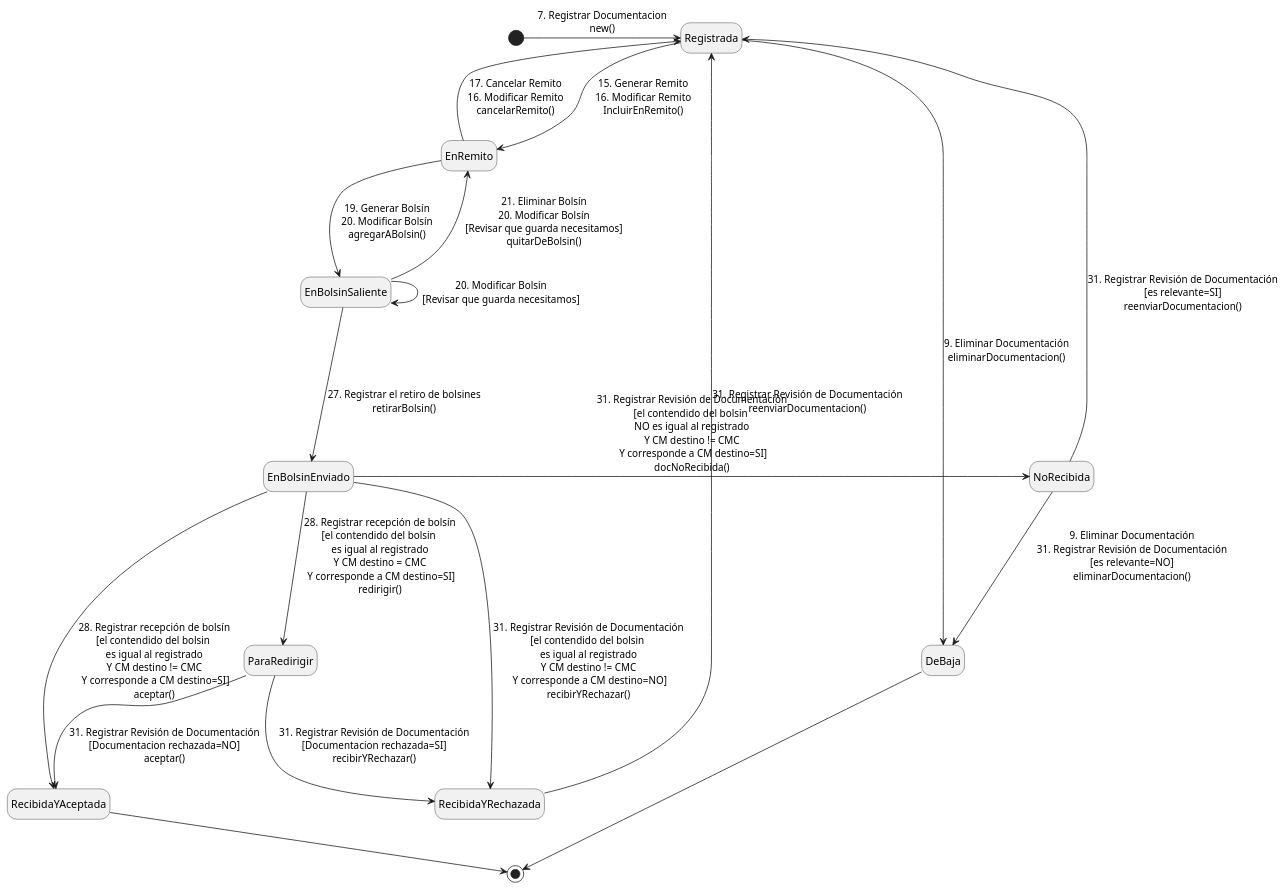
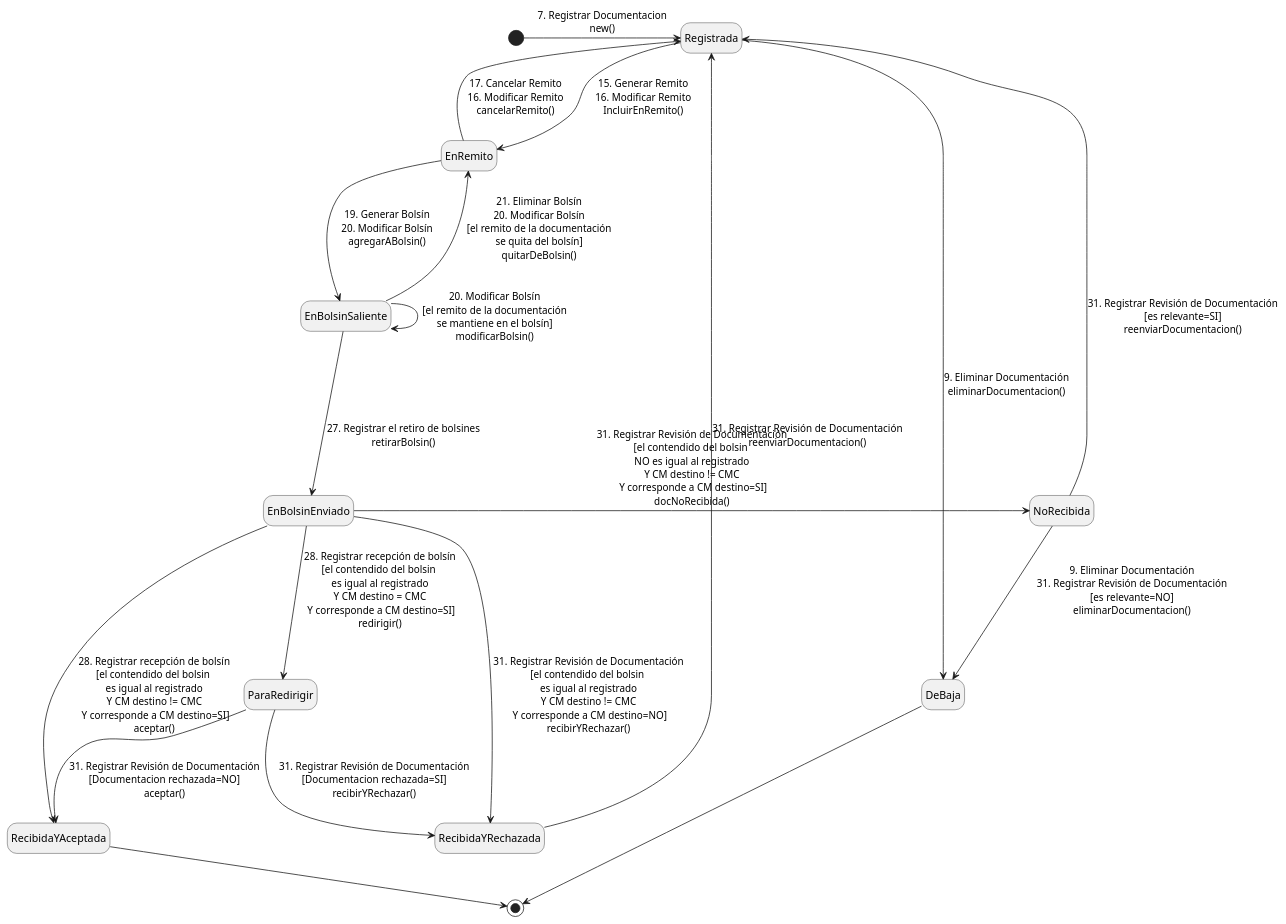
Before and after one commit to JuanjoCasas/PPAI-Bolsin: the diagram in doc/CU28_RegistrarRecepcionDeBolsin/Analisis/ME_Documentacion.puml, drawn with PlantUML. The commit also changed 2 other files, not shown here.

Commit message:
correccion de errores de ortografia y consistencia entre diagramas

```diff
--- a/doc/CU28_RegistrarRecepcionDeBolsin/Analisis/ME_Documentacion.puml
+++ b/doc/CU28_RegistrarRecepcionDeBolsin/Analisis/ME_Documentacion.puml
@@ -1,31 +1,31 @@
 @startuml "Maquina de estados de Documentación"
 hide empty description
 
 [*] -> Registrada : 7. Registrar Documentacion\nnew()
 
 Registrada --> EnRemito : 15. Generar Remito\n16. Modificar Remito\nIncluirEnRemito()
 
 Registrada --> DeBaja : 9. Eliminar Documentación\neliminarDocumentacion()
 
 EnRemito -> Registrada : 17. Cancelar Remito\n16. Modificar Remito\ncancelarRemito()
 
 EnRemito --> EnBolsinSaliente : 19. Generar Bolsín\n20. Modificar Bolsín\nagregarABolsin()
 
-EnBolsinSaliente -> EnBolsinSaliente : 20. Modificar Bolsín\n[Revisar que guarda necesitamos]
-EnBolsinSaliente -> EnRemito : 21. Eliminar Bolsín\n20. Modificar Bolsín\n[Revisar que guarda necesitamos]\nquitarDeBolsin()
+EnBolsinSaliente -> EnBolsinSaliente : 20. Modificar Bolsín\n[el remito de la documentación\nse mantiene en el bolsín]\nmodificarBolsin()
+EnBolsinSaliente -> EnRemito : 21. Eliminar Bolsín\n20. Modificar Bolsín\n[el remito de la documentación\nse quita del bolsín]\nquitarDeBolsin()
 
 EnBolsinSaliente ---> EnBolsinEnviado : 27. Registrar el retiro de bolsines\nretirarBolsin()
 
 EnBolsinEnviado --> RecibidaYAceptada: 28. Registrar recepción de bolsín\n[el contendido del bolsin \nes igual al registrado\nY CM destino != CMC\n Y corresponde a CM destino=SI]\naceptar()
 EnBolsinEnviado -> NoRecibida: 31. Registrar Revisión de Documentación\n[el contendido del bolsin \nNO es igual al registrado\nY CM destino != CMC\n Y corresponde a CM destino=SI]\ndocNoRecibida()
 NoRecibida -> Registrada: 31. Registrar Revisión de Documentación\n[es relevante=SI]\nreenviarDocumentacion()
 NoRecibida --> DeBaja: 9. Eliminar Documentación\n31. Registrar Revisión de Documentación\n[es relevante=NO]\neliminarDocumentacion()
 EnBolsinEnviado -> RecibidaYRechazada: 31. Registrar Revisión de Documentación\n[el contendido del bolsin \nes igual al registrado\nY CM destino != CMC\n Y corresponde a CM destino=NO]\nrecibirYRechazar()
 RecibidaYRechazada -> Registrada: 31. Registrar Revisión de Documentación\nreenviarDocumentacion()
 EnBolsinEnviado --> ParaRedirigir: 28. Registrar recepción de bolsín\n[el contendido del bolsin \nes igual al registrado\nY CM destino = CMC\n Y corresponde a CM destino=SI]\nredirigir()
 ParaRedirigir --> RecibidaYAceptada: 31. Registrar Revisión de Documentación\n[Documentacion rechazada=NO]\naceptar()
 ParaRedirigir --> RecibidaYRechazada: 31. Registrar Revisión de Documentación\n[Documentacion rechazada=SI]\nrecibirYRechazar()
 RecibidaYAceptada --> [*]
 DeBaja --> [*]
 
 @enduml
```
